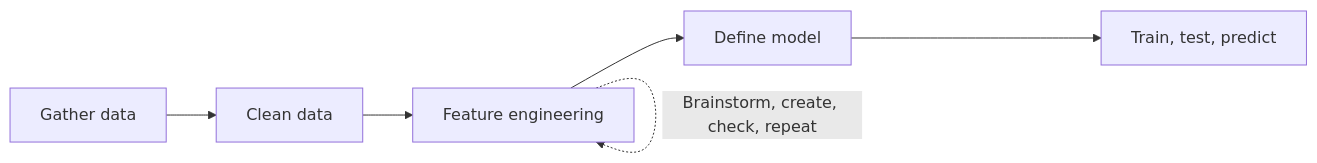
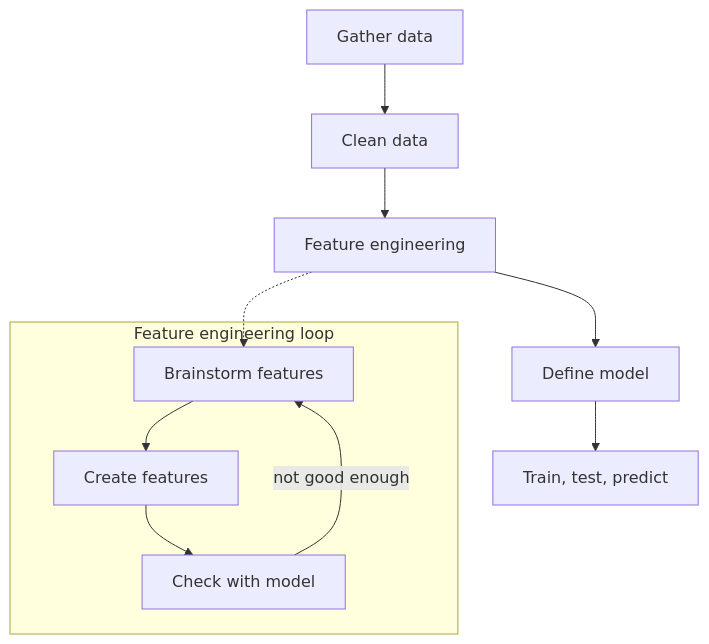
One commit to kaisarnajar/outcome-school-blogs changed the first of 2 diagrams in notes/step-01-machine-learning-foundations/004-feature-engineering.md. Above: the diagram before and after it, drawn with Mermaid. The commit also changed other lines of this file and 233 other files, not shown here.

````diff
--- a/notes/step-01-machine-learning-foundations/004-feature-engineering.md
+++ b/notes/step-01-machine-learning-foundations/004-feature-engineering.md
@@ -27,8 +44,13 @@
 ```mermaid
-flowchart LR
-    A["Gather data"] --> B["Clean data"]
-    B --> C["Feature engineering"]
-    C --> D["Define model"]
-    D --> E["Train, test, predict"]
-    C -.->|"Brainstorm, create, check, repeat"| C
+flowchart TD
+    P1["Gather data"] --> P2["Clean data"]
+    P2 --> FE["Feature engineering"]
+    FE --> P4["Define model"]
+    P4 --> P5["Train, test, predict"]
+    subgraph LP["Feature engineering loop"]
+        L1["Brainstorm features"] --> L2["Create features"]
+        L2 --> L3["Check with model"]
+        L3 -->|"not good enough"| L1
+    end
+    FE -.-> L1
 ```
````
